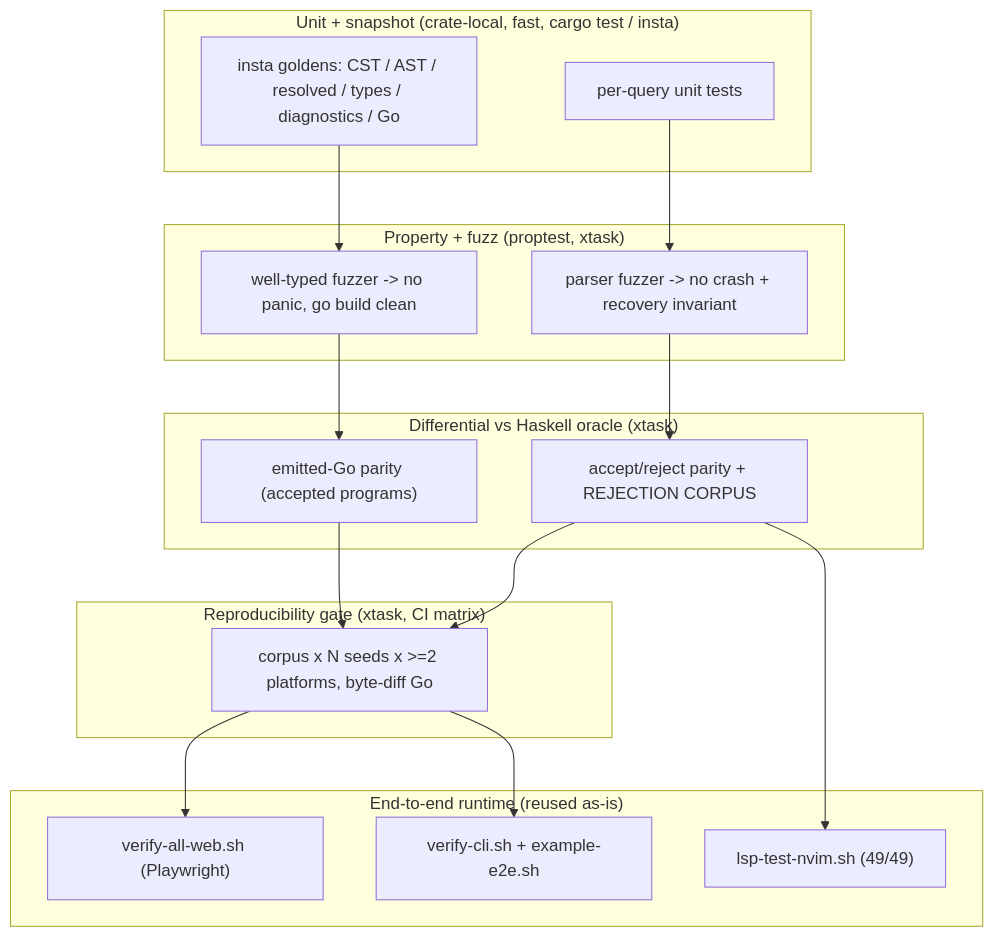
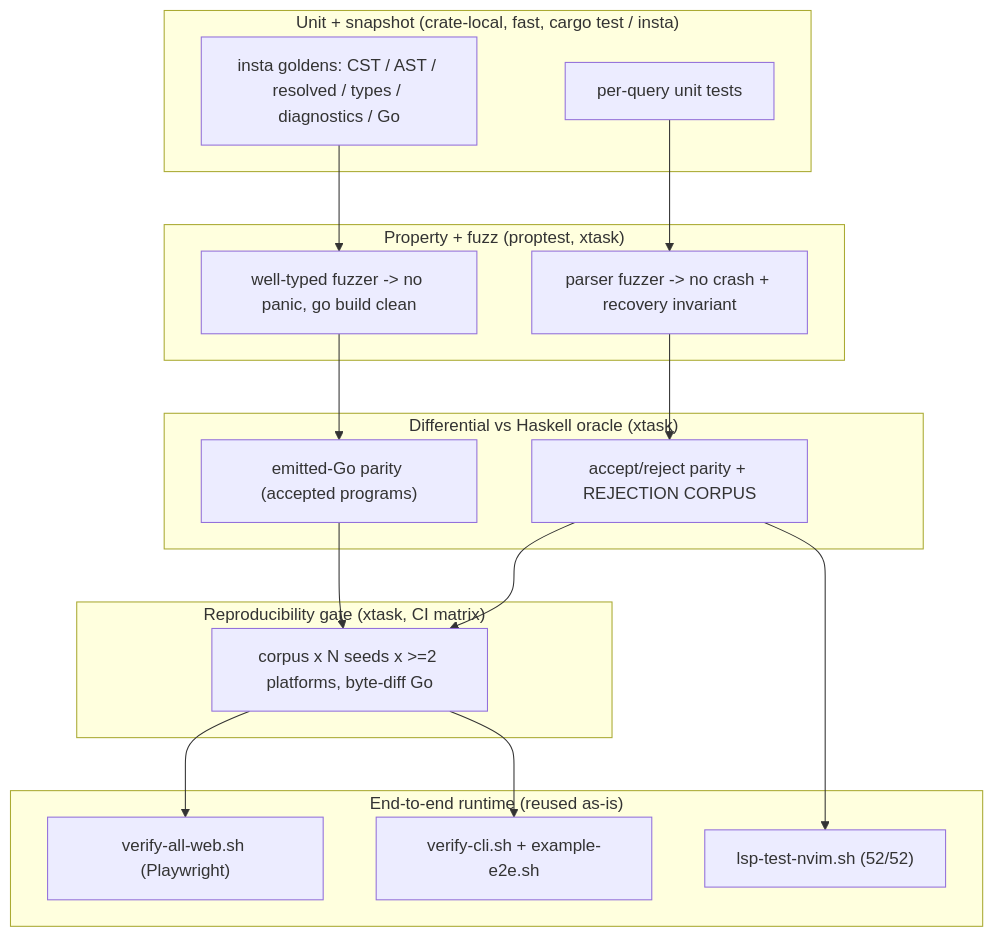
Before and after one commit to anzellai/sky: the first of 2 diagrams in docs/rust-rewrite/11-testing-and-verification.md, drawn with Mermaid. The commit also changed other lines of this file and 12 other files, not shown here.

````diff
--- a/docs/rust-rewrite/11-testing-and-verification.md
+++ b/docs/rust-rewrite/11-testing-and-verification.md
@@ -24,26 +24,26 @@
 ```mermaid
 flowchart TD
     subgraph T0["Unit + snapshot (crate-local, fast, cargo test / insta)"]
       SNAP["insta goldens: CST / AST / resolved / types / diagnostics / Go"]
       UNIT["per-query unit tests"]
     end
     subgraph T1["Property + fuzz (proptest, xtask)"]
       WTF["well-typed fuzzer -> no panic, go build clean"]
       PF["parser fuzzer -> no crash + recovery invariant"]
     end
     subgraph T2["Differential vs Haskell oracle (xtask)"]
       GO["emitted-Go parity (accepted programs)"]
       AR["accept/reject parity + REJECTION CORPUS"]
     end
     subgraph T3["Reproducibility gate (xtask, CI matrix)"]
       REPRO["corpus x N seeds x >=2 platforms, byte-diff Go"]
     end
     subgraph T4["End-to-end runtime (reused as-is)"]
       WEB["verify-all-web.sh (Playwright)"]
       CLI["verify-cli.sh + example-e2e.sh"]
-      LSP["lsp-test-nvim.sh (49/49)"]
+      LSP["lsp-test-nvim.sh (52/52)"]
     end
     SNAP --> WTF --> GO --> REPRO --> WEB
     UNIT --> PF --> AR --> REPRO --> CLI
     AR --> LSP
 ```
````
